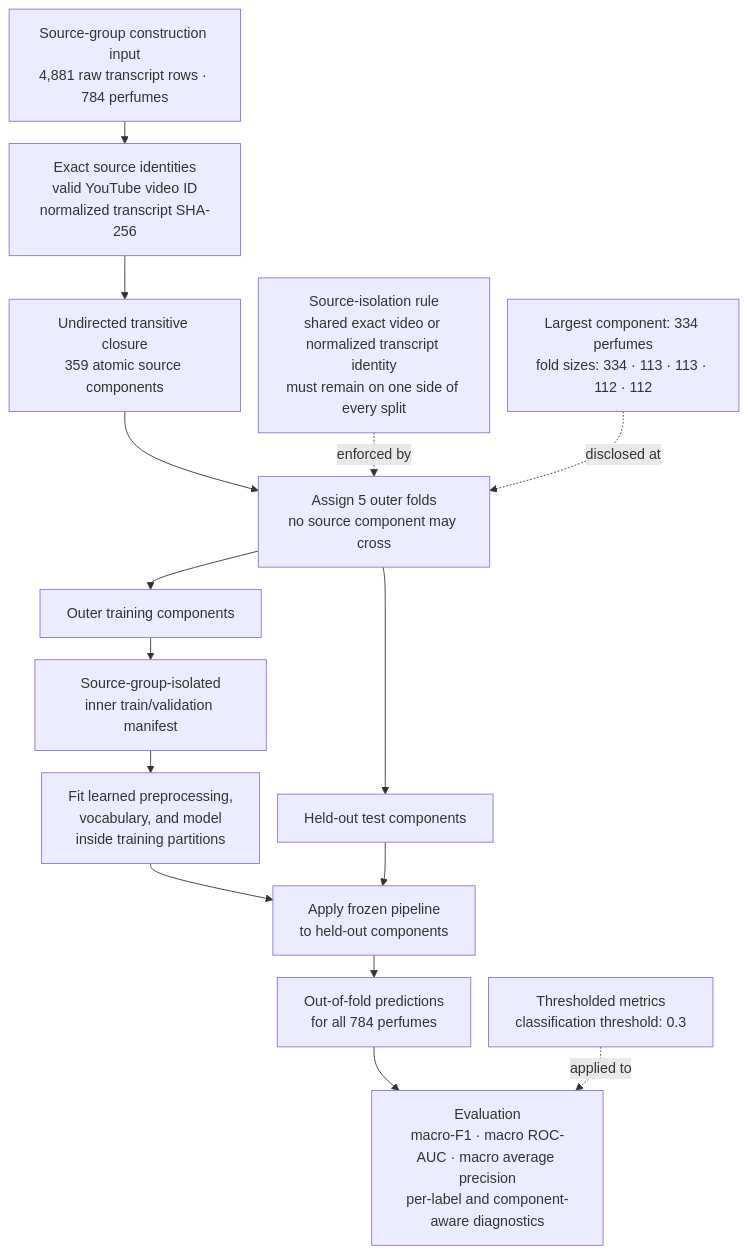
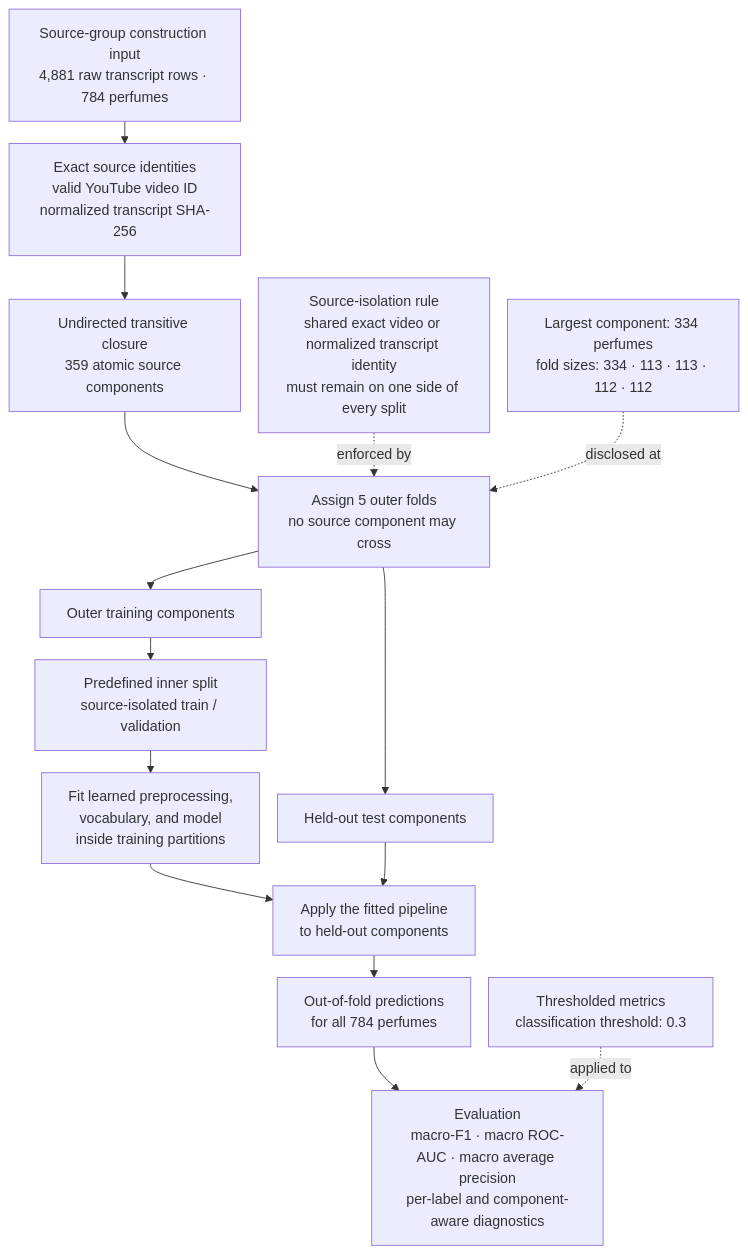
The diagram in docs/thesis/mermaid diagrams/mermaid codes/figure_3_5_cross_validation_leakage_control.mmd (ececanga/Sentiment-Analysis-for-Perfume-Reviews), drawn with Mermaid before and after one commit. The commit also changed 170 other files, not shown here.

```diff
--- a/docs/thesis/mermaid diagrams/mermaid codes/figure_3_5_cross_validation_leakage_control.mmd
+++ b/docs/thesis/mermaid diagrams/mermaid codes/figure_3_5_cross_validation_leakage_control.mmd
@@ -1,29 +1,29 @@
 ---
 config:
   layout: dagre
   flowchart:
     nodeSpacing: 20
     rankSpacing: 25
 ---
 flowchart TD
     A["Source-group construction input<br/>4,881 raw transcript rows · 784 perfumes"]
     B["Exact source identities<br/>valid YouTube video ID<br/>normalized transcript SHA-256"]
 
     A --> B
     B --> C["Undirected transitive closure<br/>359 atomic source components"]
     C --> D["Assign 5 outer folds<br/>no source component may cross"]
 
     D --> E["Outer training components"]
     D --> F["Held-out test components"]
 
-    E --> V["Source-group-isolated<br/>inner train/validation manifest"]
+    E --> V["Predefined inner split<br/>source-isolated train / validation"]
     V --> G["Fit learned preprocessing,<br/>vocabulary, and model<br/>inside training partitions"]
-    G --> H["Apply frozen pipeline<br/>to held-out components"]
+    G --> H["Apply the fitted pipeline<br/>to held-out components"]
     F --> H
 
     H --> I["Out-of-fold predictions<br/>for all 784 perfumes"]
     I --> J["Evaluation<br/>macro-F1 · macro ROC-AUC · macro average precision<br/>per-label and component-aware diagnostics"]
 
     K["Source-isolation rule<br/>shared exact video or normalized transcript identity<br/>must remain on one side of every split"] -. enforced by .-> D
     M["Largest component: 334 perfumes<br/>fold sizes: 334 · 113 · 113 · 112 · 112"] -. disclosed at .-> D
     L["Thresholded metrics<br/>classification threshold: 0.3"] -. applied to .-> J
```
